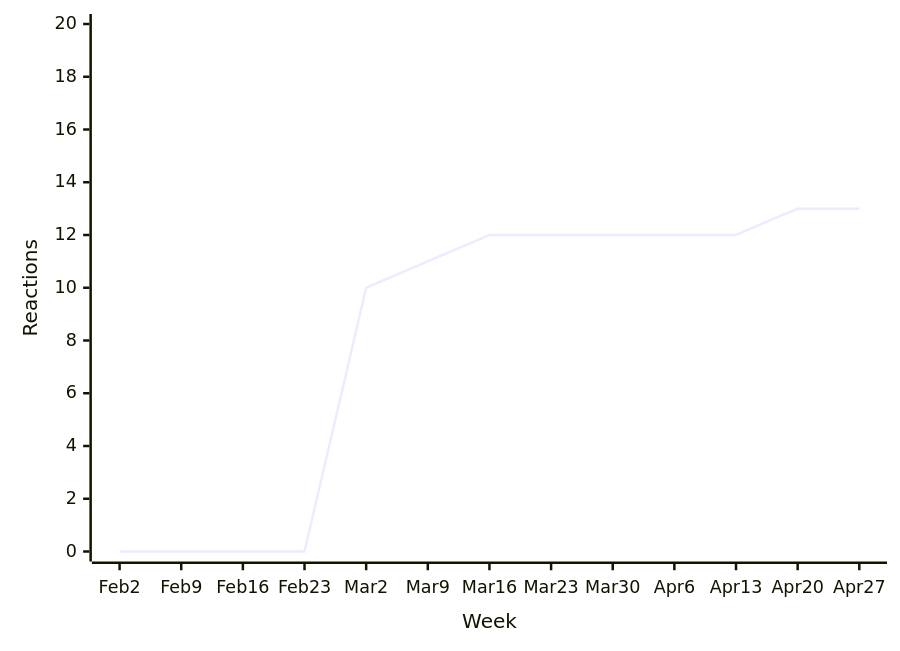
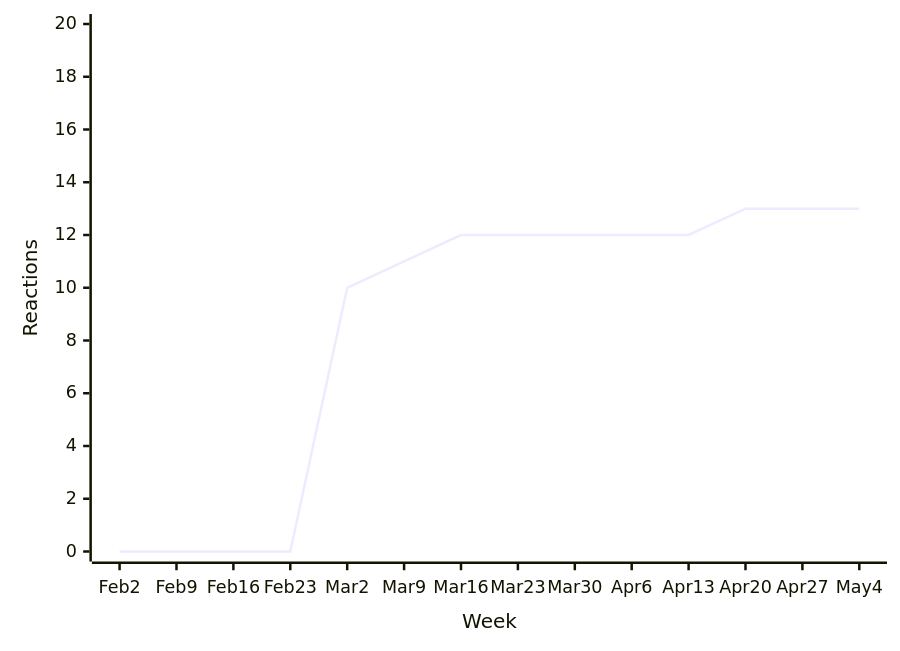
Before and after one commit to loic-sharma/github-insights: diagram 14 of 56 in README.md, drawn with Mermaid. The commit also changed other lines of this file and 3 other files, not shown here.

````diff
--- a/README.md
+++ b/README.md
@@ -560,6 +560,6 @@
   ```mermaid
   xychart-beta
-    x-axis "Week" [Feb 2, Feb 9, Feb 16, Feb 23, Mar 2, Mar 9, Mar 16, Mar 23, Mar 30, Apr 6, Apr 13, Apr 20, Apr 27]
+    x-axis "Week" [Feb 2, Feb 9, Feb 16, Feb 23, Mar 2, Mar 9, Mar 16, Mar 23, Mar 30, Apr 6, Apr 13, Apr 20, Apr 27, May 4]
     y-axis "Reactions" 0 --> 20
-    line [0, 0, 0, 0, 10, 11, 12, 12, 12, 12, 12, 13, 13]
+    line [0, 0, 0, 0, 10, 11, 12, 12, 12, 12, 12, 13, 13, 13]
   ```
````
